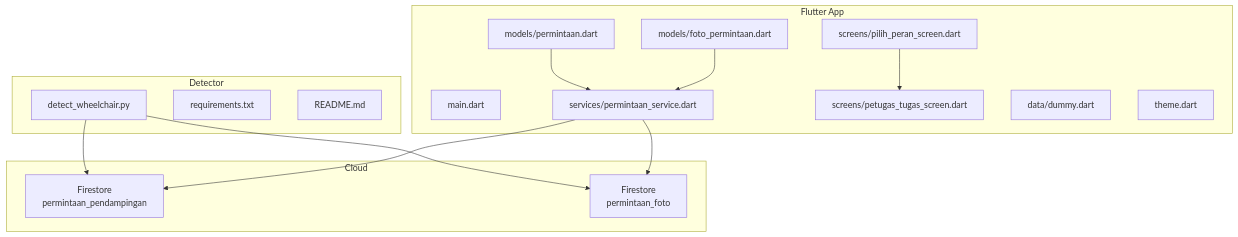
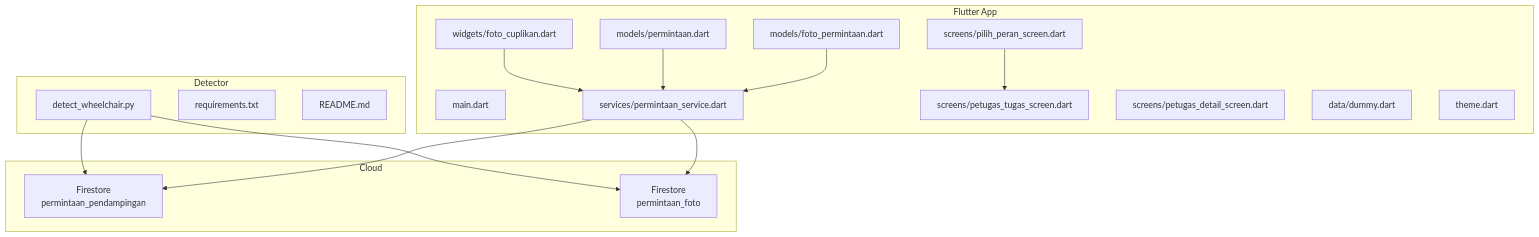
Before and after one commit to rdsarjito/whoosh-ramah: the first of 11 diagrams in .qoder/repowiki/en/content/AI Detection System/Anonymous Photo Verification System.md, drawn with Mermaid. The commit also changed other lines of this file and 18 other files, not shown here.

````diff
--- a/.qoder/repowiki/en/content/AI Detection System/Anonymous Photo Verification System.md
+++ b/.qoder/repowiki/en/content/AI Detection System/Anonymous Photo Verification System.md
@@ -51,29 +65,32 @@
 ```mermaid
 graph TB
 subgraph "Detector"
 D1["detect_wheelchair.py"]
 D2["requirements.txt"]
 D3["README.md"]
 end
 subgraph "Flutter App"
 F1["main.dart"]
 F2["models/permintaan.dart"]
 F3["models/foto_permintaan.dart"]
 F4["services/permintaan_service.dart"]
-F5["screens/pilih_peran_screen.dart"]
-F6["screens/petugas_tugas_screen.dart"]
-F7["data/dummy.dart"]
-F8["theme.dart"]
+F5["widgets/foto_cuplikan.dart"]
+F6["screens/pilih_peran_screen.dart"]
+F7["screens/petugas_tugas_screen.dart"]
+F8["screens/petugas_detail_screen.dart"]
+F9["data/dummy.dart"]
+F10["theme.dart"]
 end
 subgraph "Cloud"
 C1["Firestore<br/>permintaan_pendampingan"]
 C2["Firestore<br/>permintaan_foto"]
 end
 D1 --> C1
 D1 --> C2
 F4 --> C1
 F4 --> C2
-F5 --> F6
+F5 --> F4
+F6 --> F7
 F2 --> F4
 F3 --> F4
 ```
````
